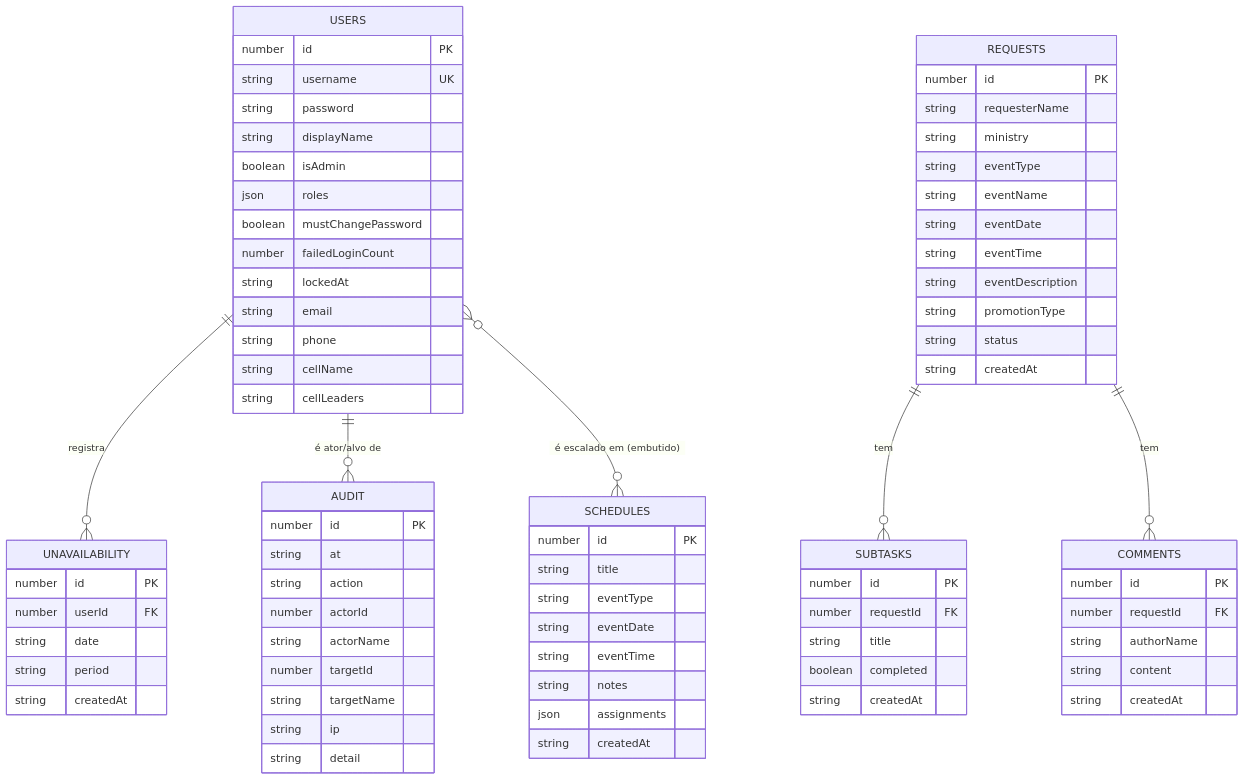
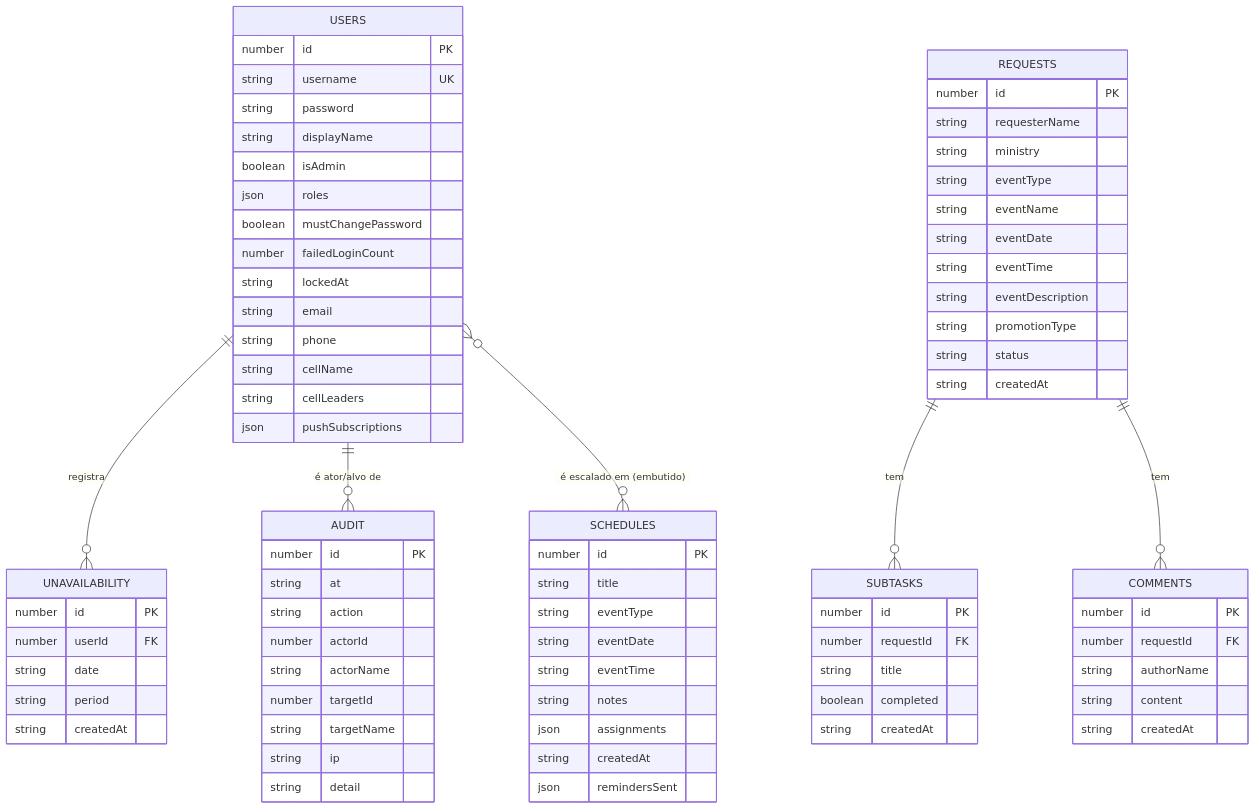
The diagram in docs/architecture/data-model.md (guitorocha/bdn-comunicacao), drawn with Mermaid before and after one commit. The commit also changed other lines of this file and 38 other files, not shown here.

````diff
--- a/docs/architecture/data-model.md
+++ b/docs/architecture/data-model.md
@@ -13,79 +13,81 @@
 ```mermaid
 erDiagram
     USERS ||--o{ UNAVAILABILITY : "registra"
     USERS ||--o{ AUDIT : "é ator/alvo de"
     USERS }o--o{ SCHEDULES : "é escalado em (embutido)"
     REQUESTS ||--o{ SUBTASKS : "tem"
     REQUESTS ||--o{ COMMENTS : "tem"
 
     USERS {
         number id PK
         string username UK
         string password
         string displayName
         boolean isAdmin
         json roles
         boolean mustChangePassword
         number failedLoginCount
         string lockedAt
         string email
         string phone
         string cellName
         string cellLeaders
+        json pushSubscriptions
     }
     REQUESTS {
         number id PK
         string requesterName
         string ministry
         string eventType
         string eventName
         string eventDate
         string eventTime
         string eventDescription
         string promotionType
         string status
         string createdAt
     }
     SUBTASKS {
         number id PK
         number requestId FK
         string title
         boolean completed
         string createdAt
     }
     COMMENTS {
         number id PK
         number requestId FK
         string authorName
         string content
         string createdAt
     }
     SCHEDULES {
         number id PK
         string title
         string eventType
         string eventDate
         string eventTime
         string notes
         json assignments
         string createdAt
+        json remindersSent
     }
     UNAVAILABILITY {
         number id PK
         number userId FK
         string date
         string period
         string createdAt
     }
     AUDIT {
         number id PK
         string at
         string action
         number actorId
         string actorName
         number targetId
         string targetName
         string ip
         string detail
     }
 ```
````
